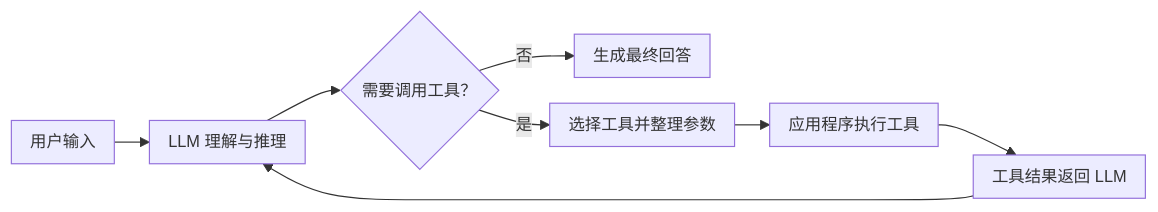
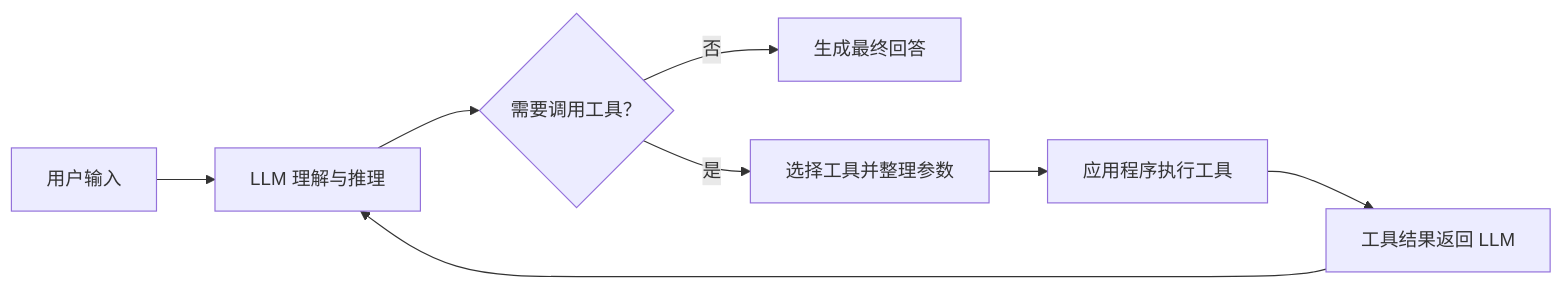
Diagram 20 of 29 in books/agent面经/agent面经.md (lijihao-0804/interview-forge), drawn with Mermaid before and after one commit. The commit also changed 172 other files, not shown here.

Commit message:
Improve Mermaid diagram layout across library

````diff
--- a/books/agent面经/agent面经.md
+++ b/books/agent面经/agent面经.md
@@ -3733,11 +3733,10 @@
 ```mermaid
-%%{init: {"themeVariables": {"fontSize": "14px"}, "flowchart": {"useMaxWidth": false, "nodeSpacing": 22, "rankSpacing": 30, "padding": 8}}}%%
 flowchart LR
     input[用户输入] --> reasoning[LLM 理解与推理]
     reasoning --> needTool{需要调用工具？}
     needTool -->|否| response[生成最终回答]
     needTool -->|是| selection[选择工具并整理参数]
     selection --> execution[应用程序执行工具]
     execution --> result[工具结果返回 LLM]
     result --> reasoning
 ```
````
